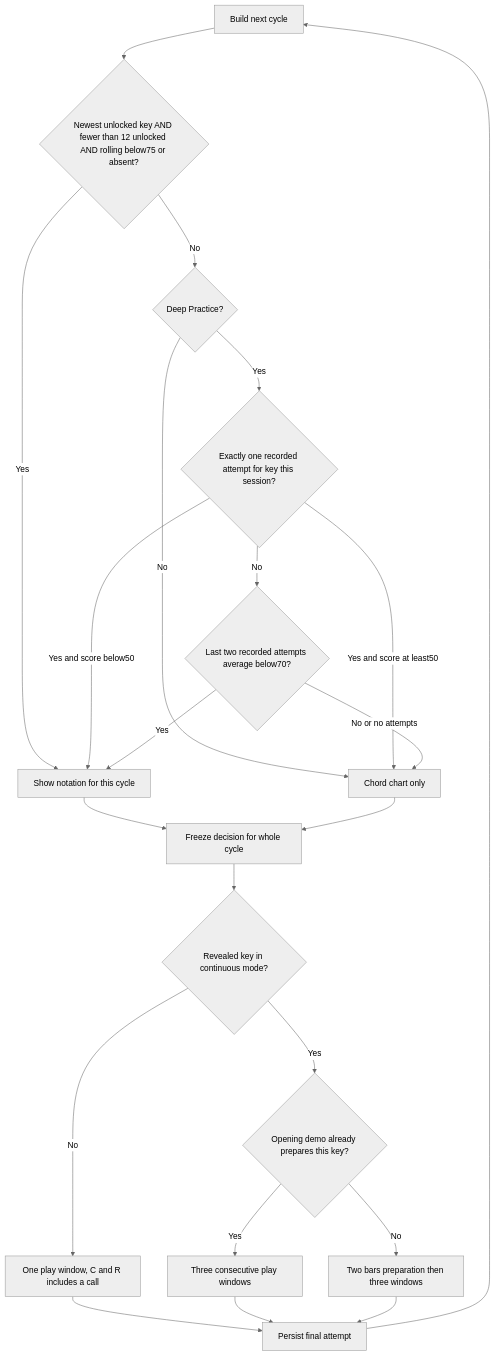
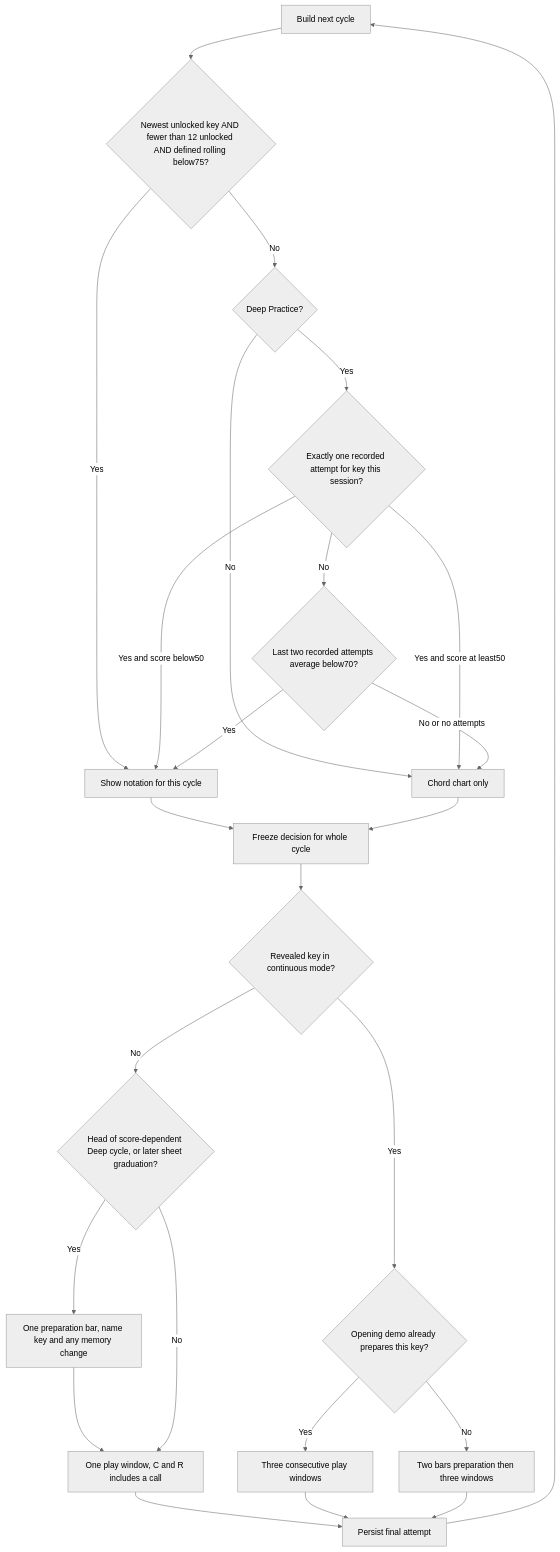
Before and after one commit to avitus/mankunku: the seventh of 9 diagrams in documentation/architecture/lick-practice-state-machines.md, drawn with Mermaid (neutral theme). The commit also changed other lines of this file and 8 other files, not shown here.

First line of the commit message:
fix(practice): announce deep-practice repeats and preparation

````diff
--- a/documentation/architecture/lick-practice-state-machines.md
+++ b/documentation/architecture/lick-practice-state-machines.md
@@ -228,24 +251,27 @@
 ```mermaid
 flowchart TD
-    Build[Build next cycle] --> Legacy{Newest unlocked key AND fewer than 12 unlocked AND rolling below75 or absent?}
+    Build[Build next cycle] --> Legacy{Newest unlocked key AND fewer than 12 unlocked AND defined rolling below75?}
     Legacy -->|Yes| Reveal[Show notation for this cycle]
     Legacy -->|No| Deep{Deep Practice?}
     Deep -->|No| Memory[Chord chart only]
     Deep -->|Yes| One{Exactly one recorded attempt for key this session?}
     One -->|Yes and score below50| Reveal
     One -->|Yes and score at least50| Memory
     One -->|No| Two{Last two recorded attempts average below70?}
     Two -->|Yes| Reveal
     Two -->|No or no attempts| Memory
     Reveal --> Freeze[Freeze decision for whole cycle]
     Memory --> Freeze
     Freeze --> Prep{Revealed key in continuous mode?}
-    Prep -->|No| OnePass[One play window, C and R includes a call]
+    Prep -->|No| Entrance{Head of score-dependent Deep cycle, or later sheet graduation?}
+    Entrance -->|Yes| Ready[One preparation bar, name key and any memory change]
+    Ready --> OnePass[One play window, C and R includes a call]
+    Entrance -->|No| OnePass
     Prep -->|Yes| Demo{Opening demo already prepares this key?}
     Demo -->|Yes| Three[Three consecutive play windows]
     Demo -->|No| Pause[Two bars preparation then three windows]
     OnePass --> Final[Persist final attempt]
     Three --> Final
     Pause --> Final
     Final --> Build
 ```
````
